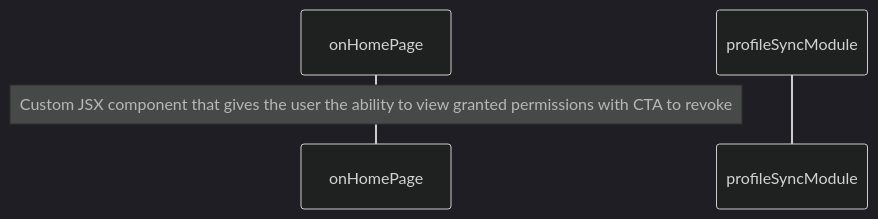
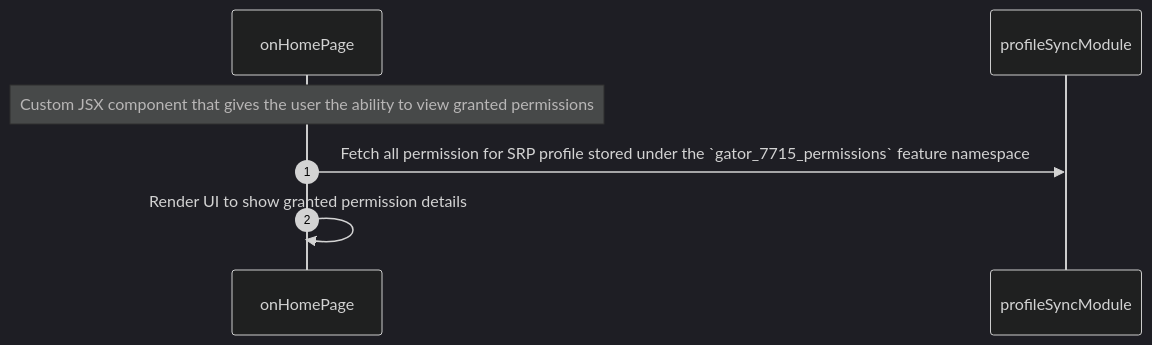
Before and after one commit to MetaMask/snap-7715-permissions: the third of 4 diagrams in packages/permissions-provider-snap/docs/persistGrantedPermissions.md, drawn with Mermaid (dark theme). The commit also changed other lines of this file and 9 other files, not shown here.

Commit message:
add storing permission to profile sync e2e

````diff
--- a/packages/permissions-provider-snap/docs/persistGrantedPermissions.md
+++ b/packages/permissions-provider-snap/docs/persistGrantedPermissions.md
@@ -59,8 +67,10 @@
 ```mermaid
 sequenceDiagram
  autonumber
  participant onHomePage
  participant profileSyncModule
 
-Note over onHomePage: Custom JSX component that gives the user the ability to view granted permissions with CTA to revoke
+Note over onHomePage: Custom JSX component that gives the user the ability to view granted permissions
+onHomePage->>profileSyncModule: Fetch all permission for SRP profile stored under the `gator_7715_permissions` feature namespace
+onHomePage->>onHomePage: Render UI to show granted permission details
 ```
````
